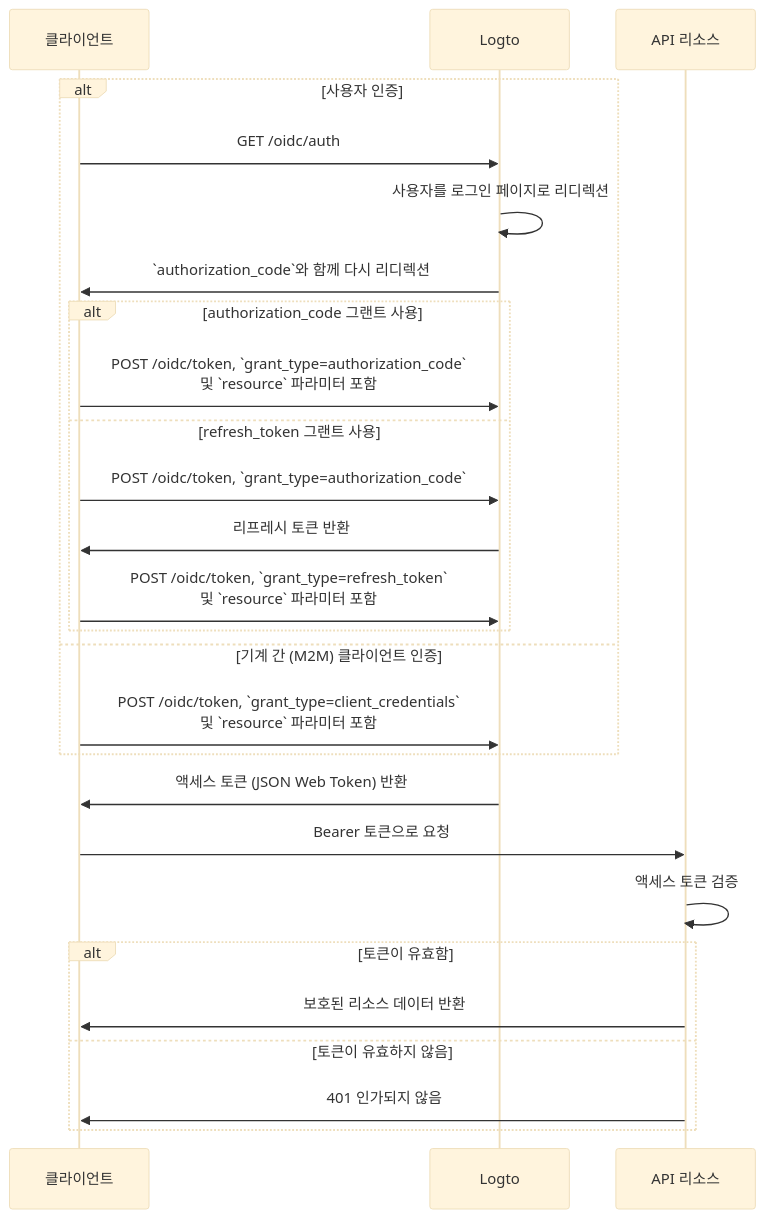
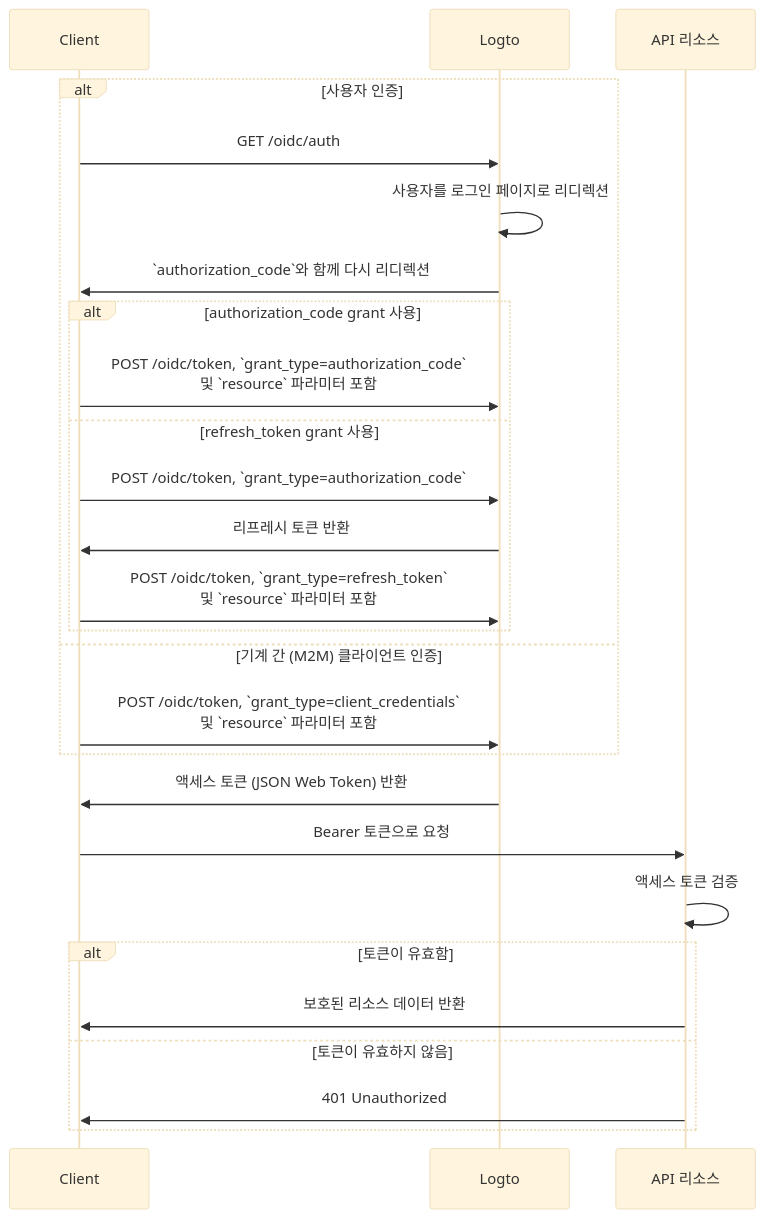
Before and after one commit to logto-io/docs: the diagram in i18n/ko/docusaurus-plugin-content-docs/current/authorization/global-api-resources.mdx, drawn with Mermaid (base theme). The commit also changed other lines of this file and 36 other files, not shown here.

````diff
--- a/i18n/ko/docusaurus-plugin-content-docs/current/authorization/global-api-resources.mdx
+++ b/i18n/ko/docusaurus-plugin-content-docs/current/authorization/global-api-resources.mdx
@@ -67,31 +68,31 @@
 ```mermaid
 sequenceDiagram
-    participant Client as 클라이언트
-    participant Logto as Logto
+    participant Client
+    participant Logto
     participant API as API 리소스
 
     alt 사용자 인증
         Client->>Logto: GET /oidc/auth
         Logto->>Logto: 사용자를 로그인 페이지로 리디렉션
         Logto->>Client: `authorization_code`와 함께 다시 리디렉션
-        alt authorization_code 그랜트 사용
+        alt authorization_code grant 사용
             Client->>Logto: POST /oidc/token, `grant_type=authorization_code`<br/>및 `resource` 파라미터 포함
-        else refresh_token 그랜트 사용
+        else refresh_token grant 사용
             Client->>Logto: POST /oidc/token, `grant_type=authorization_code`
             Logto->>Client: 리프레시 토큰 반환
             Client->>Logto: POST /oidc/token, `grant_type=refresh_token`<br/>및 `resource` 파라미터 포함
         end
     else 기계 간 (M2M) 클라이언트 인증
         Client->>Logto: POST /oidc/token, `grant_type=client_credentials`<br/>및 `resource` 파라미터 포함
     end
 
     Logto->>Client: 액세스 토큰 (JSON Web Token) 반환
     Client->>API: Bearer 토큰으로 요청
     API->>API: 액세스 토큰 검증
 
     alt 토큰이 유효함
       API->>Client: 보호된 리소스 데이터 반환
     else 토큰이 유효하지 않음
-      API->>Client: 401 인가되지 않음
+      API->>Client: 401 Unauthorized
     end
 ```
````
